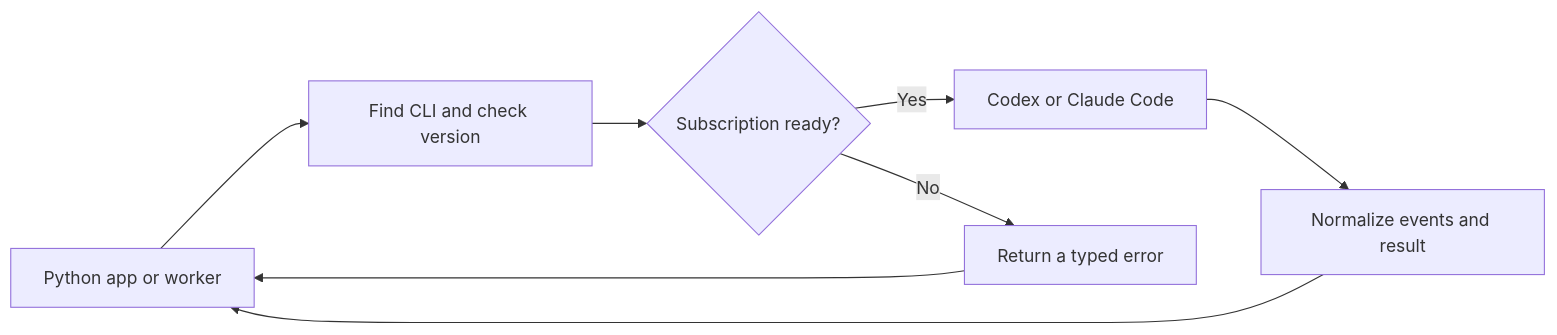
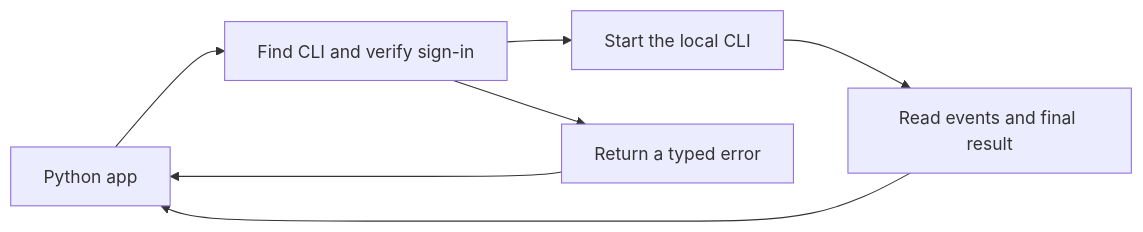
The diagram in README.md (jannikjordan/agent-subprocess), drawn with Mermaid before and after one commit. The commit also changed other lines of this file and 33 other files, not shown here.

````diff
--- a/README.md
+++ b/README.md
@@ -35,10 +33,9 @@
 ```mermaid
 flowchart LR
-    App["Python app or worker"] --> Detect["Find CLI and check version"]
-    Detect --> SignIn{"Subscription ready?"}
-    SignIn -- Yes --> CLI["Codex or Claude Code"]
-    CLI --> Proxy["Normalize events and result"]
-    Proxy --> App
-    SignIn -- No --> Error["Return a typed error"]
+    App["Python app"] --> Check["Find CLI and verify sign-in"]
+    Check --> CLI["Start the local CLI"]
+    CLI --> Events["Read events and final result"]
+    Events --> App
+    Check --> Error["Return a typed error"]
     Error --> App
 ```
````
